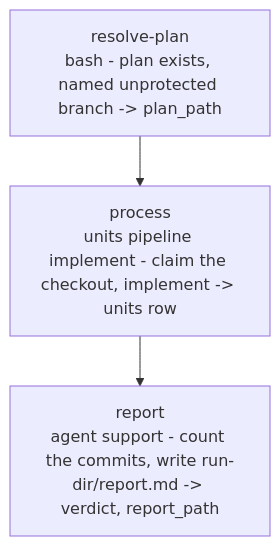
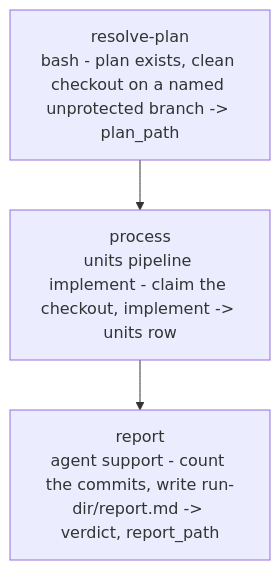
The diagram in plugins/wise/workflows/impl-plan/README.md (e1024kb/wise-claude), drawn with Mermaid before and after one commit. The commit also changed other lines of this file and 6 other files, not shown here.

Commit message:
fix(wise): re-ask an unbacked explicit model answer, refuse a dirty checkout in pr-watch and impl-plan

````diff
--- a/plugins/wise/workflows/impl-plan/README.md
+++ b/plugins/wise/workflows/impl-plan/README.md
@@ -37,5 +38,5 @@
 ```mermaid
 flowchart TD
-    A[resolve-plan<br/>bash - plan exists, named unprotected branch -> plan_path] --> B[process<br/>units pipeline implement - claim the checkout, implement -> units row]
+    A[resolve-plan<br/>bash - plan exists, clean checkout on a named unprotected branch -> plan_path] --> B[process<br/>units pipeline implement - claim the checkout, implement -> units row]
     B --> C[report<br/>agent support - count the commits, write run-dir/report.md -> verdict, report_path]
 ```
````
